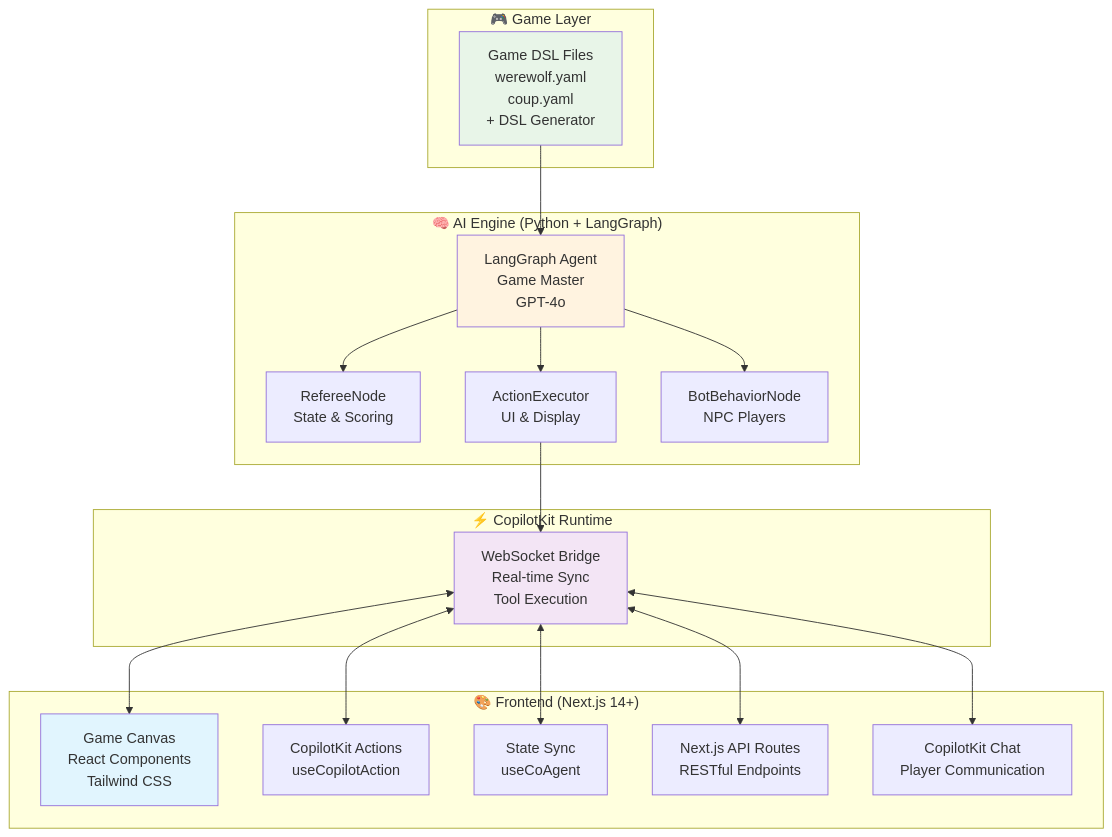
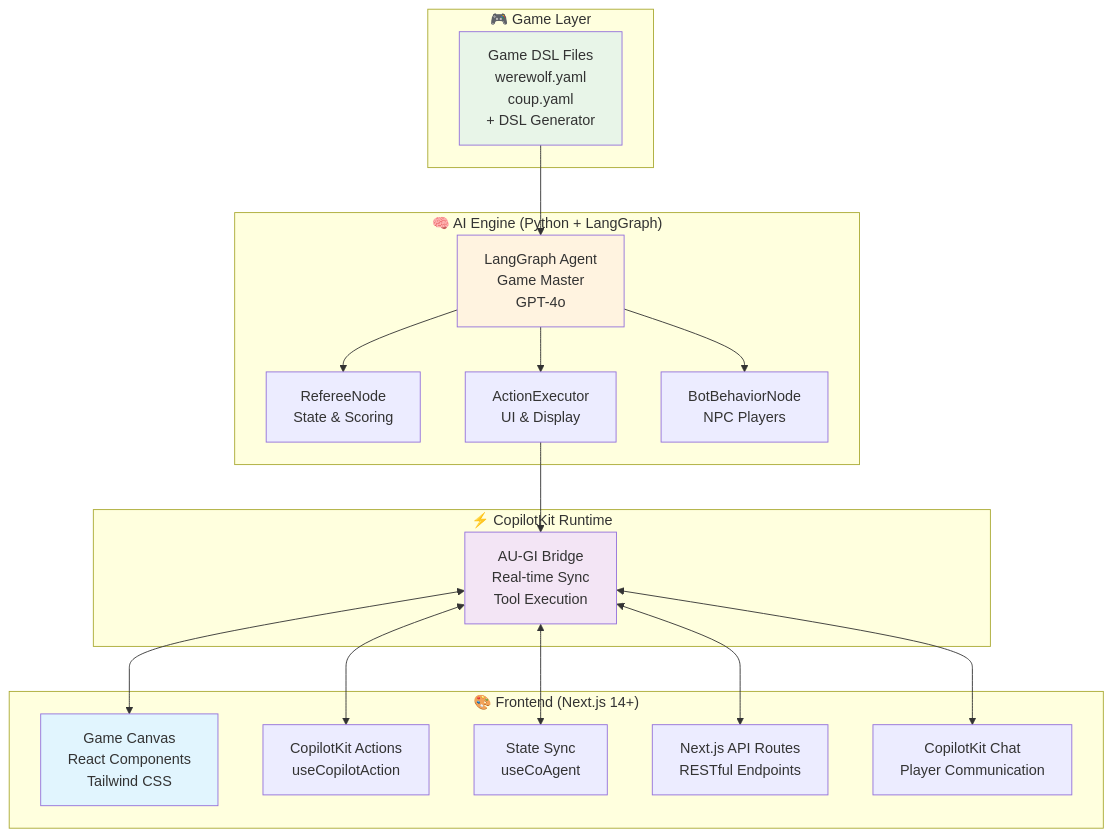
The diagram in README.md (liruihan000/game_engine), drawn with Mermaid before and after one commit.

Commit message:
Update Runtime description in README.md

````diff
--- a/README.md
+++ b/README.md
@@ -61,41 +61,41 @@
 ```mermaid
 graph TB
     subgraph "🎮 Game Layer"
         DSL[Game DSL Files<br/>werewolf.yaml<br/>coup.yaml<br/>+ DSL Generator]
     end
     
     subgraph "🧠 AI Engine (Python + LangGraph)"
         Agent[LangGraph Agent<br/>Game Master<br/>GPT-4o]
         Referee[RefereeNode<br/>State & Scoring]
         ActionEx[ActionExecutor<br/>UI & Display]
         BotNodes[BotBehaviorNode<br/>NPC Players]
     end
     
     subgraph "🎨 Frontend (Next.js 14+)"
         UI[Game Canvas<br/>React Components<br/>Tailwind CSS]
         Actions[CopilotKit Actions<br/>useCopilotAction]
         State[State Sync<br/>useCoAgent]
         API[Next.js API Routes<br/>RESTful Endpoints]
         Chat[CopilotKit Chat<br/>Player Communication]
     end
     
     subgraph "⚡ CopilotKit Runtime"
-        Runtime[WebSocket Bridge<br/>Real-time Sync<br/>Tool Execution]
+        Runtime[AU-GI Bridge<br/>Real-time Sync<br/>Tool Execution]
     end
     
     DSL --> Agent
     Agent --> Referee
     Agent --> ActionEx
     Agent --> BotNodes
     ActionEx --> Runtime
     Runtime <--> UI
     Runtime <--> Actions
     Runtime <--> State
     Runtime <--> Chat
     Runtime <--> API
     
     style DSL fill:#e8f5e8
     style Agent fill:#fff3e0
     style UI fill:#e1f5fe
     style Runtime fill:#f3e5f5
 ```
````
